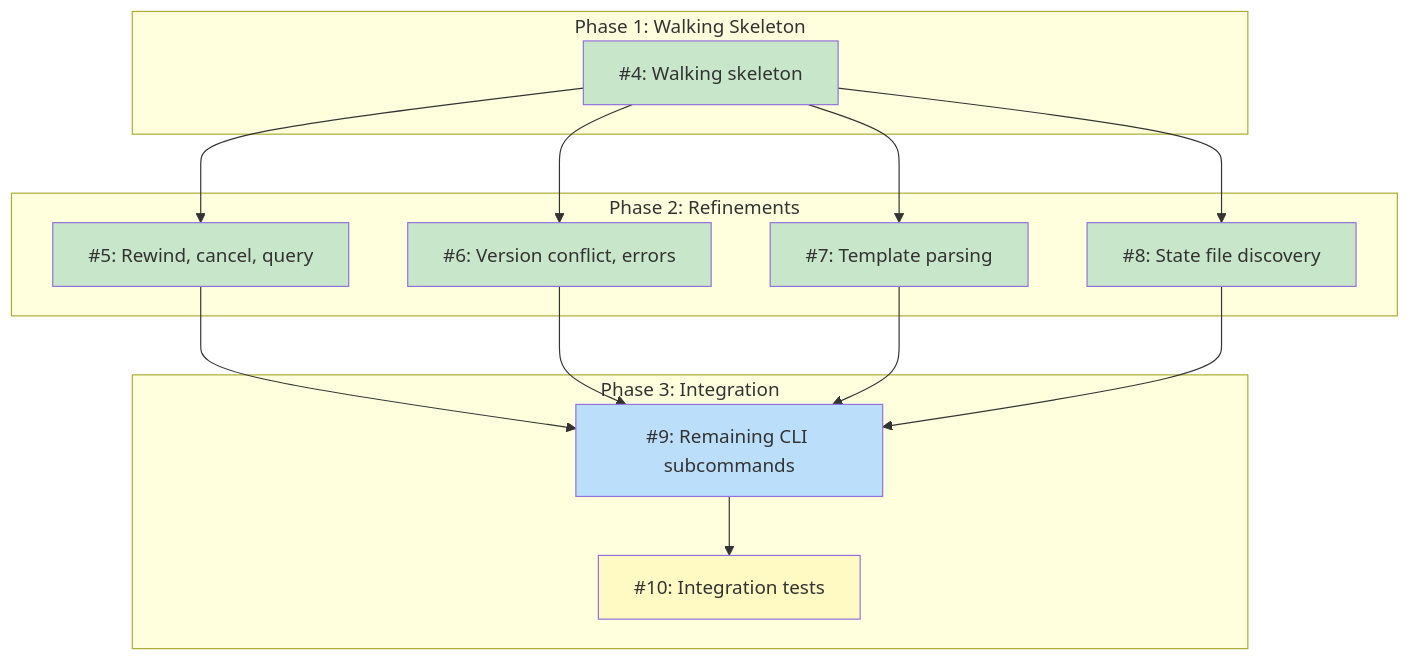
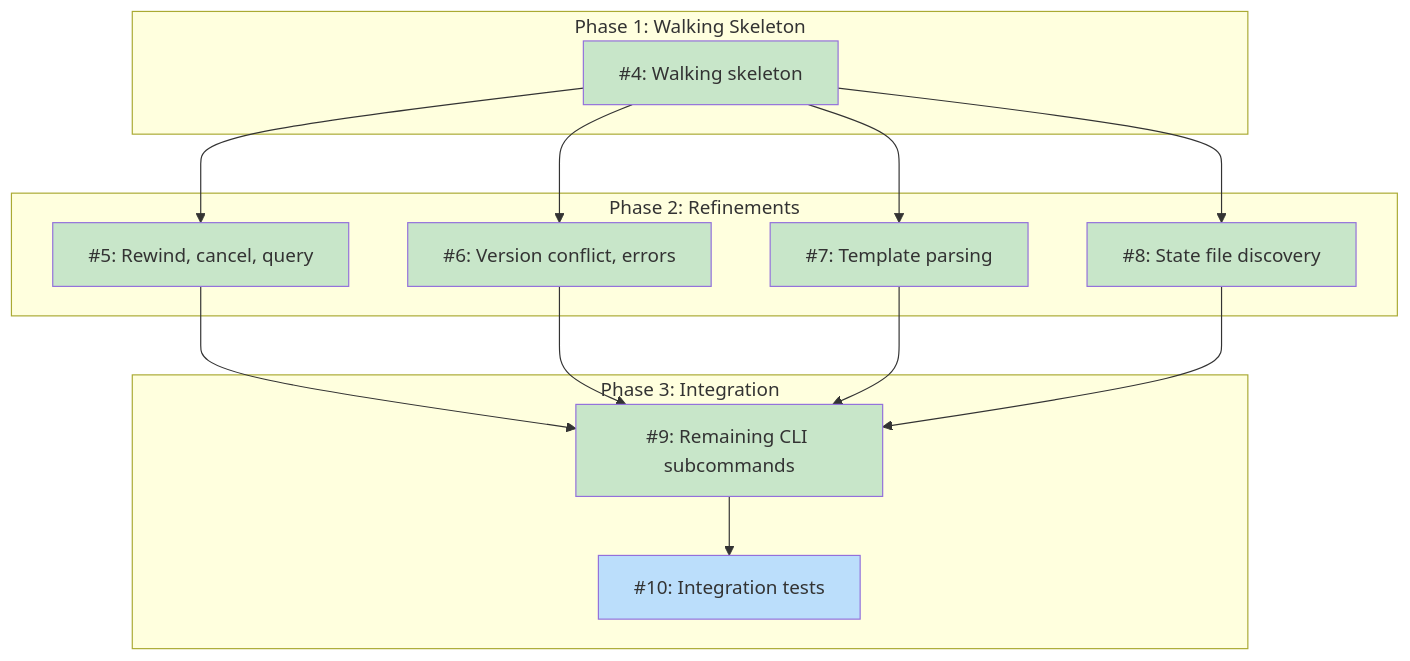
Before and after one commit to tsukumogami/koto: the diagram in docs/designs/DESIGN-koto-engine.md, drawn with Mermaid. The commit also changed other lines of this file and 5 other files, not shown here.

Commit message:
docs(koto-engine): mark #9 complete, update diagram

````diff
--- a/docs/designs/DESIGN-koto-engine.md
+++ b/docs/designs/DESIGN-koto-engine.md
@@ -58,38 +58,37 @@
 ```mermaid
 graph TD
     subgraph Phase1["Phase 1: Walking Skeleton"]
         I4["#4: Walking skeleton"]
     end
 
     subgraph Phase2["Phase 2: Refinements"]
         I5["#5: Rewind, cancel, query"]
         I6["#6: Version conflict, errors"]
         I7["#7: Template parsing"]
         I8["#8: State file discovery"]
     end
 
     subgraph Phase3["Phase 3: Integration"]
         I9["#9: Remaining CLI subcommands"]
         I10["#10: Integration tests"]
     end
 
     I4 --> I5
     I4 --> I6
     I4 --> I7
     I4 --> I8
     I5 --> I9
     I6 --> I9
     I7 --> I9
     I8 --> I9
     I9 --> I10
 
     classDef done fill:#c8e6c9
     classDef ready fill:#bbdefb
     classDef blocked fill:#fff9c4
     classDef needsDesign fill:#e1bee7
     classDef tracksDesign fill:#FFE0B2,stroke:#F57C00,color:#000
 
-    class I4,I5,I6,I7,I8 done
-    class I9 ready
-    class I10 blocked
+    class I4,I5,I6,I7,I8,I9 done
+    class I10 ready
 ```
````
